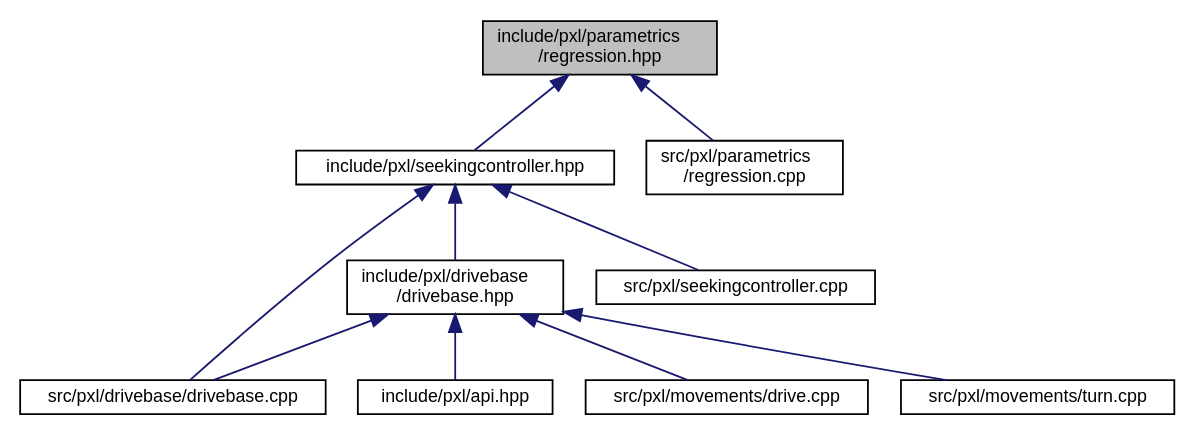
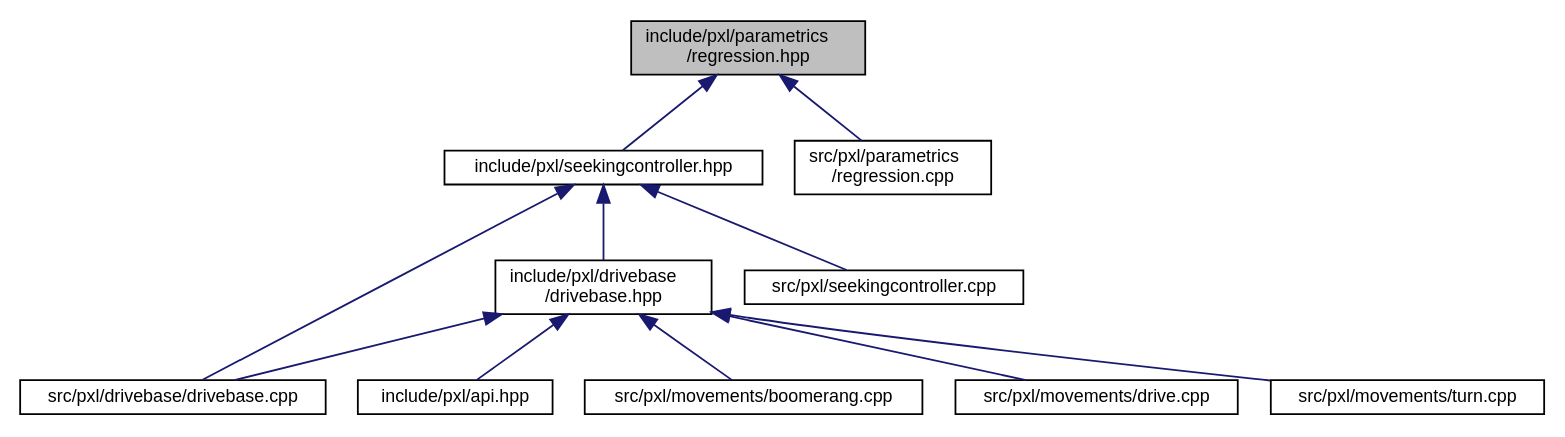
The diagram in regression_8hpp__dep__incl.dot (Pixel-Lib/Pixel), drawn with Graphviz before and after one commit. The commit also changed 250 other files, not shown here.

```diff
--- a/regression_8hpp__dep__incl.dot
+++ b/regression_8hpp__dep__incl.dot
@@ -1,24 +1,26 @@
 digraph "include/pxl/parametrics/regression.hpp"
 {
  // LATEX_PDF_SIZE
   edge [fontname="Helvetica",fontsize="10",labelfontname="Helvetica",labelfontsize="10"];
   node [fontname="Helvetica",fontsize="10",shape=record];
   Node1 [label="include/pxl/parametrics\l/regression.hpp",height=0.2,width=0.4,color="black", fillcolor="grey75", style="filled", fontcolor="black",tooltip=" "];
   Node1 -> Node2 [dir="back",color="midnightblue",fontsize="10",style="solid",fontname="Helvetica"];
   Node2 [label="include/pxl/seekingcontroller.hpp",height=0.2,width=0.4,color="black", fillcolor="white", style="filled",URL="$seekingcontroller_8hpp.html",tooltip=" "];
   Node2 -> Node3 [dir="back",color="midnightblue",fontsize="10",style="solid",fontname="Helvetica"];
   Node3 [label="include/pxl/drivebase\l/drivebase.hpp",height=0.2,width=0.4,color="black", fillcolor="white", style="filled",URL="$drivebase_8hpp.html",tooltip=" "];
   Node3 -> Node4 [dir="back",color="midnightblue",fontsize="10",style="solid",fontname="Helvetica"];
   Node4 [label="include/pxl/api.hpp",height=0.2,width=0.4,color="black", fillcolor="white", style="filled",URL="$api_8hpp.html",tooltip=" "];
   Node3 -> Node5 [dir="back",color="midnightblue",fontsize="10",style="solid",fontname="Helvetica"];
   Node5 [label="src/pxl/drivebase/drivebase.cpp",height=0.2,width=0.4,color="black", fillcolor="white", style="filled",URL="$drivebase_8cpp.html",tooltip=" "];
   Node3 -> Node6 [dir="back",color="midnightblue",fontsize="10",style="solid",fontname="Helvetica"];
-  Node6 [label="src/pxl/movements/drive.cpp",height=0.2,width=0.4,color="black", fillcolor="white", style="filled",URL="$drive_8cpp.html",tooltip=" "];
+  Node6 [label="src/pxl/movements/boomerang.cpp",height=0.2,width=0.4,color="black", fillcolor="white", style="filled",URL="$boomerang_8cpp.html",tooltip=" "];
   Node3 -> Node7 [dir="back",color="midnightblue",fontsize="10",style="solid",fontname="Helvetica"];
-  Node7 [label="src/pxl/movements/turn.cpp",height=0.2,width=0.4,color="black", fillcolor="white", style="filled",URL="$turn_8cpp.html",tooltip=" "];
+  Node7 [label="src/pxl/movements/drive.cpp",height=0.2,width=0.4,color="black", fillcolor="white", style="filled",URL="$drive_8cpp.html",tooltip=" "];
+  Node3 -> Node8 [dir="back",color="midnightblue",fontsize="10",style="solid",fontname="Helvetica"];
+  Node8 [label="src/pxl/movements/turn.cpp",height=0.2,width=0.4,color="black", fillcolor="white", style="filled",URL="$turn_8cpp.html",tooltip=" "];
   Node2 -> Node5 [dir="back",color="midnightblue",fontsize="10",style="solid",fontname="Helvetica"];
-  Node2 -> Node8 [dir="back",color="midnightblue",fontsize="10",style="solid",fontname="Helvetica"];
-  Node8 [label="src/pxl/seekingcontroller.cpp",height=0.2,width=0.4,color="black", fillcolor="white", style="filled",URL="$seekingcontroller_8cpp.html",tooltip=" "];
-  Node1 -> Node9 [dir="back",color="midnightblue",fontsize="10",style="solid",fontname="Helvetica"];
-  Node9 [label="src/pxl/parametrics\l/regression.cpp",height=0.2,width=0.4,color="black", fillcolor="white", style="filled",URL="$regression_8cpp.html",tooltip=" "];
+  Node2 -> Node9 [dir="back",color="midnightblue",fontsize="10",style="solid",fontname="Helvetica"];
+  Node9 [label="src/pxl/seekingcontroller.cpp",height=0.2,width=0.4,color="black", fillcolor="white", style="filled",URL="$seekingcontroller_8cpp.html",tooltip=" "];
+  Node1 -> Node10 [dir="back",color="midnightblue",fontsize="10",style="solid",fontname="Helvetica"];
+  Node10 [label="src/pxl/parametrics\l/regression.cpp",height=0.2,width=0.4,color="black", fillcolor="white", style="filled",URL="$regression_8cpp.html",tooltip=" "];
 }
```
